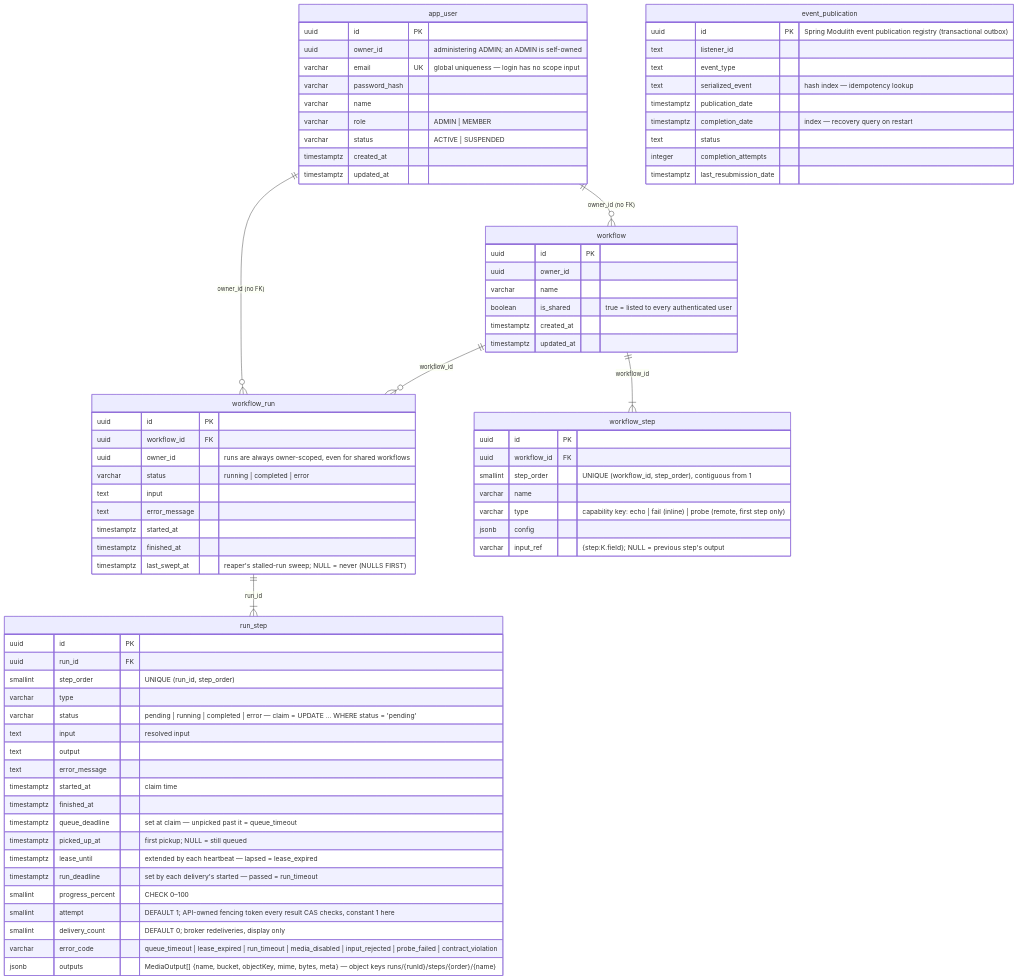
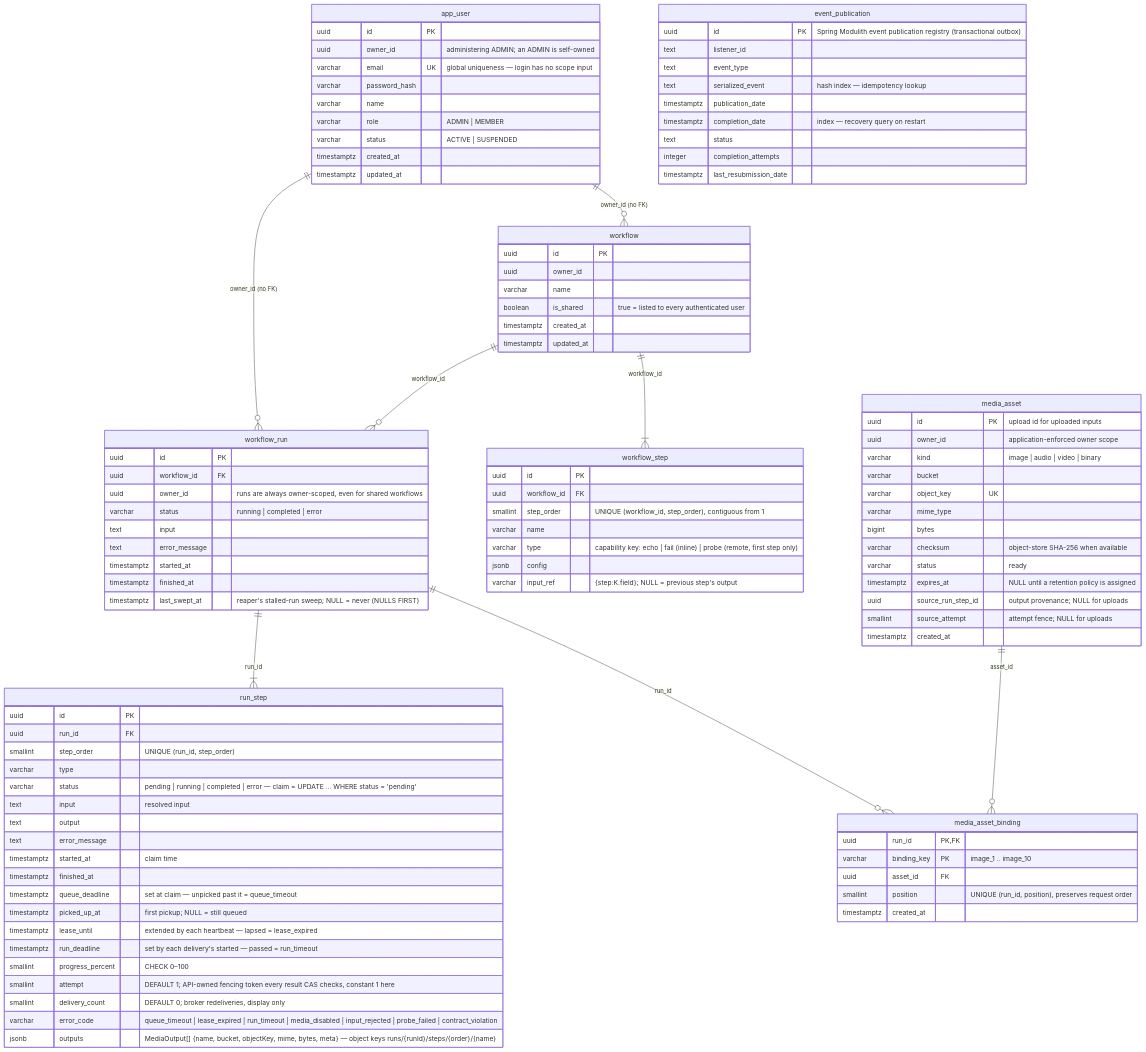
The diagram in docs/ERD.md (BienTranNgoc/Flow-Cortex), drawn with Mermaid before and after one commit. The commit also changed other lines of this file and 54 other files, not shown here.

Commit message:
feat(product-video): add asset bindings and consolidate provider worker

```diff
--- a/docs/ERD.md
+++ b/docs/ERD.md
@@ -15,6 +15,8 @@
   workflow ||--|{ workflow_step : "workflow_id"
   workflow ||--o{ workflow_run : "workflow_id"
   workflow_run ||--|{ run_step : "run_id"
+  workflow_run ||--o{ media_asset_binding : "run_id"
+  media_asset ||--o{ media_asset_binding : "asset_id"
 
   app_user {
     uuid id PK
@@ -76,6 +78,28 @@
     varchar error_code "queue_timeout | lease_expired | run_timeout | media_disabled | input_rejected | probe_failed | contract_violation"
     jsonb outputs "MediaOutput[] {name, bucket, objectKey, mime, bytes, meta} — object keys runs/{runId}/steps/{order}/{name}"
   }
+  media_asset {
+    uuid id PK "upload id for uploaded inputs"
+    uuid owner_id "application-enforced owner scope"
+    varchar kind "image | audio | video | binary"
+    varchar bucket
+    varchar object_key UK
+    varchar mime_type
+    bigint bytes
+    varchar checksum "object-store SHA-256 when available"
+    varchar status "ready"
+    timestamptz expires_at "NULL until a retention policy is assigned"
+    uuid source_run_step_id "output provenance; NULL for uploads"
+    smallint source_attempt "attempt fence; NULL for uploads"
+    timestamptz created_at
+  }
+  media_asset_binding {
+    uuid run_id PK,FK
+    varchar binding_key PK "image_1 .. image_10"
+    uuid asset_id FK
+    smallint position "UNIQUE (run_id, position), preserves request order"
+    timestamptz created_at
+  }
   event_publication {
     uuid id PK "Spring Modulith event publication registry (transactional outbox)"
     text listener_id
```
